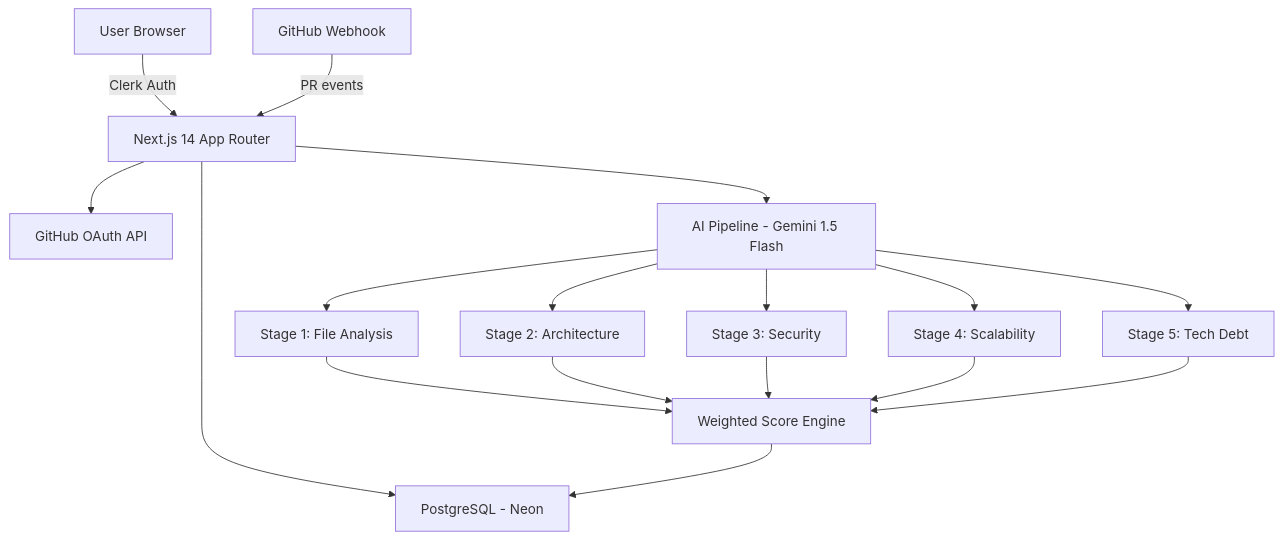
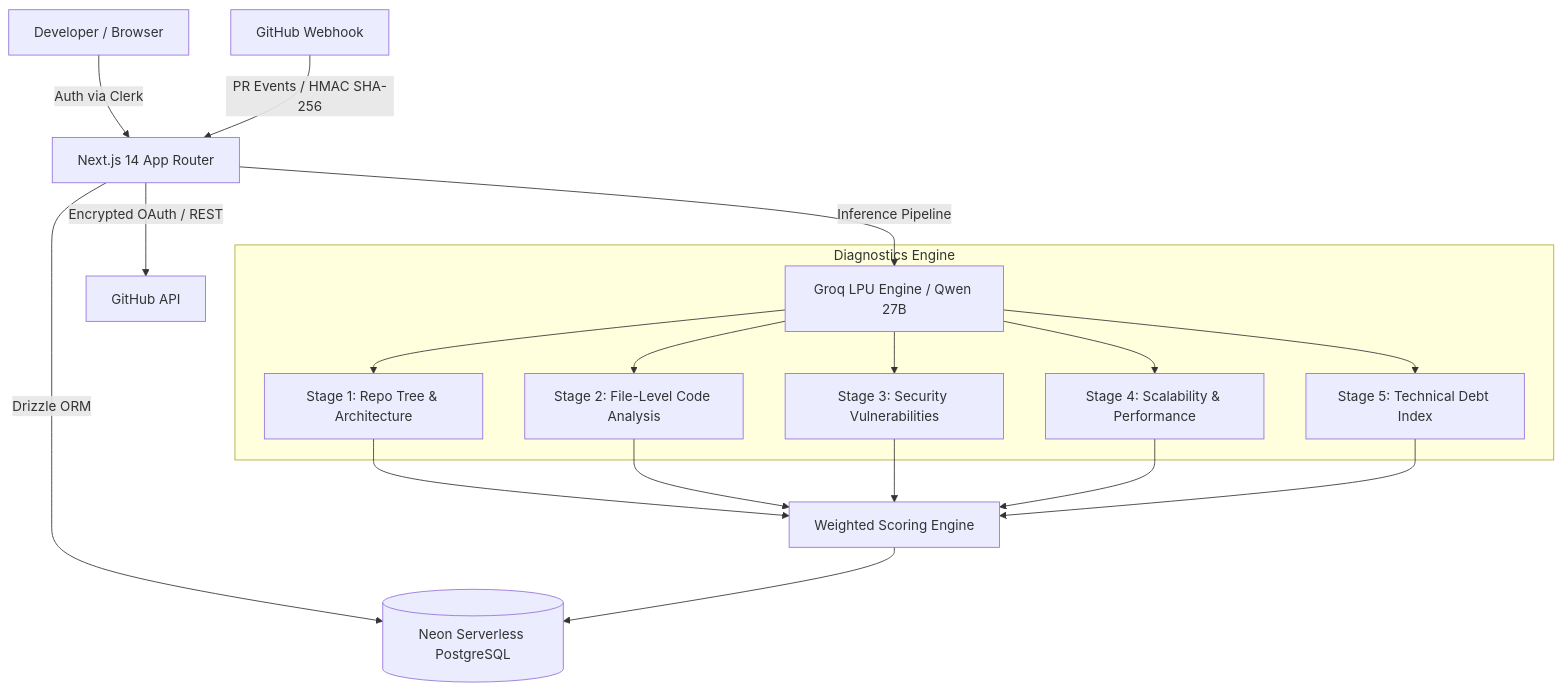
Before and after one commit to ShakilUrRehman21/repo-lens: the diagram in README.md, drawn with Mermaid. The commit also changed other lines of this file and 23 other files, not shown here.

Commit message:
feat: complete UI overhaul, branded aperture identity, ultra-fast Groq LPU pipeline, and comprehensive documentation

````diff
--- a/README.md
+++ b/README.md
@@ -12,15 +43,19 @@
 ```mermaid
 graph TD
-  A[User Browser] -->|Clerk Auth| B[Next.js 14 App Router]
-  B --> C[GitHub OAuth API]
-  B --> D[AI Pipeline - Gemini 1.5 Flash]
-  B --> E[PostgreSQL - Neon]
-  D --> F[Stage 1: File Analysis]
-  D --> G[Stage 2: Architecture]
-  D --> H[Stage 3: Security]
-  D --> I[Stage 4: Scalability]
-  D --> J[Stage 5: Tech Debt]
-  F & G & H & I & J --> K[Weighted Score Engine]
-  K --> E
-  L[GitHub Webhook] -->|PR events| B
+  User[Developer / Browser] -->|Auth via Clerk| App[Next.js 14 App Router]
+  App -->|Encrypted OAuth / REST| GH[GitHub API]
+  Webhook[GitHub Webhook] -->|PR Events / HMAC SHA-256| App
+  App -->|Inference Pipeline| AI[Groq LPU Engine / Qwen 27B]
+  App -->|Drizzle ORM| DB[(Neon Serverless PostgreSQL)]
+  
+  subgraph Diagnostics Engine
+    AI --> S1[Stage 1: Repo Tree & Architecture]
+    AI --> S2[Stage 2: File-Level Code Analysis]
+    AI --> S3[Stage 3: Security Vulnerabilities]
+    AI --> S4[Stage 4: Scalability & Performance]
+    AI --> S5[Stage 5: Technical Debt Index]
+  end
+
+  S1 & S2 & S3 & S4 & S5 --> Agg[Weighted Scoring Engine]
+  Agg --> DB
 ```
````
